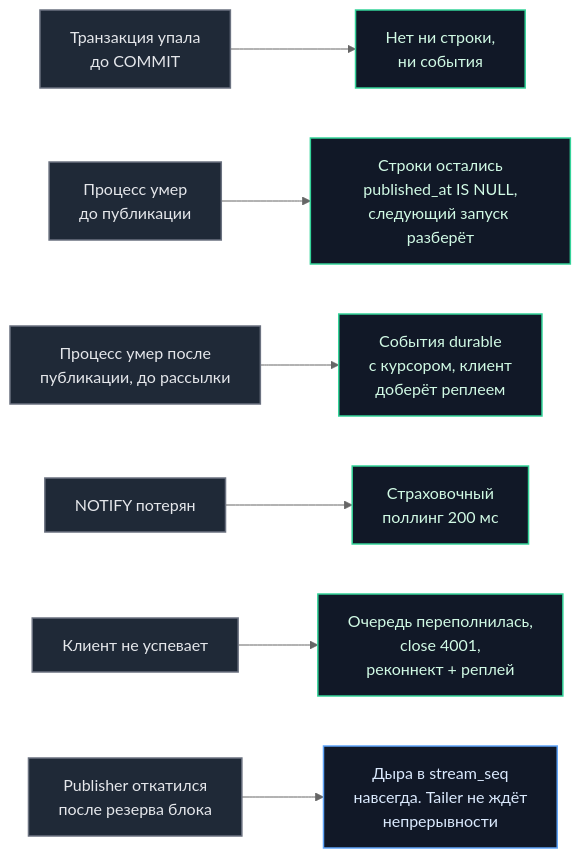
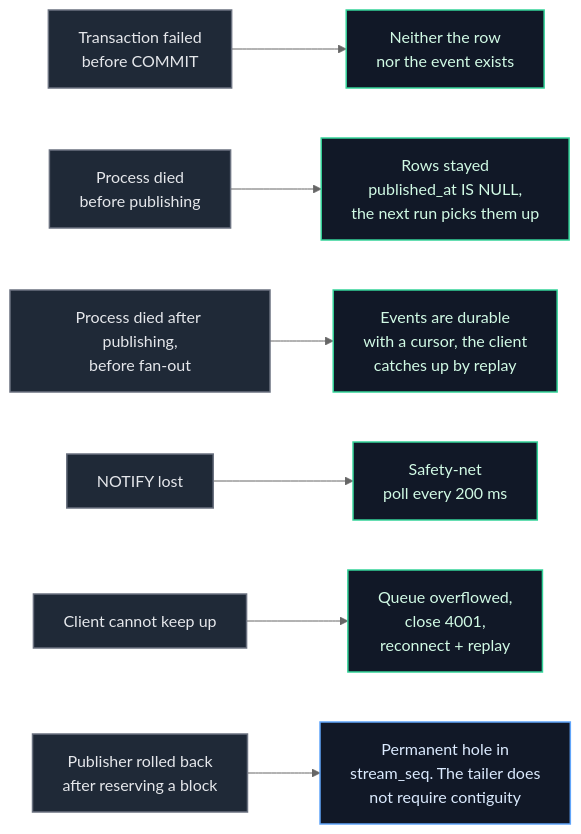
The fourth of 6 diagrams in docs/ARCHITECTURE.md (GogoLlll/Fastapi-cdc-service), drawn with Mermaid (neutral theme) before and after one commit. The commit also changed other lines of this file and 1 other file, not shown here.

Commit message:
update readme and architecture

````diff
--- a/docs/ARCHITECTURE.md
+++ b/docs/ARCHITECTURE.md
@@ -133,13 +132,13 @@
 ```mermaid
 flowchart LR
-    A["Транзакция упала<br/>до COMMIT"]:::case --> A1["Нет ни строки,<br/>ни события"]:::ok
-    B["Процесс умер<br/>до публикации"]:::case --> B1["Строки остались<br/>published_at IS NULL,<br/>следующий запуск разберёт"]:::ok
-    C["Процесс умер после<br/>публикации, до рассылки"]:::case --> C1["События durable<br/>с курсором, клиент<br/>доберёт реплеем"]:::ok
-    D["NOTIFY потерян"]:::case --> D1["Страховочный<br/>поллинг 200 мс"]:::ok
-    E["Клиент не успевает"]:::case --> E1["Очередь переполнилась,<br/>close 4001,<br/>реконнект + реплей"]:::ok
-    F["Publisher откатился<br/>после резерва блока"]:::case --> F1["Дыра в stream_seq<br/>навсегда. Tailer не ждёт<br/>непрерывности"]:::note
+    A["Transaction failed<br/>before COMMIT"]:::case --> A1["Neither the row<br/>nor the event exists"]:::ok
+    B["Process died<br/>before publishing"]:::case --> B1["Rows stayed<br/>published_at IS NULL,<br/>the next run picks them up"]:::ok
+    C["Process died after publishing,<br/>before fan-out"]:::case --> C1["Events are durable<br/>with a cursor, the client<br/>catches up by replay"]:::ok
+    D["NOTIFY lost"]:::case --> D1["Safety-net<br/>poll every 200 ms"]:::ok
+    E["Client cannot keep up"]:::case --> E1["Queue overflowed,<br/>close 4001,<br/>reconnect + replay"]:::ok
+    F["Publisher rolled back<br/>after reserving a block"]:::case --> F1["Permanent hole in<br/>stream_seq. The tailer does<br/>not require contiguity"]:::note
 
     classDef case fill:#1f2937,stroke:#6b7280,stroke-width:1.5px,color:#e5e7eb
     classDef ok fill:#111827,stroke:#34d399,stroke-width:1.5px,color:#d1fae5
     classDef note fill:#111827,stroke:#60a5fa,stroke-width:1.5px,color:#dbeafe
 ```
````
